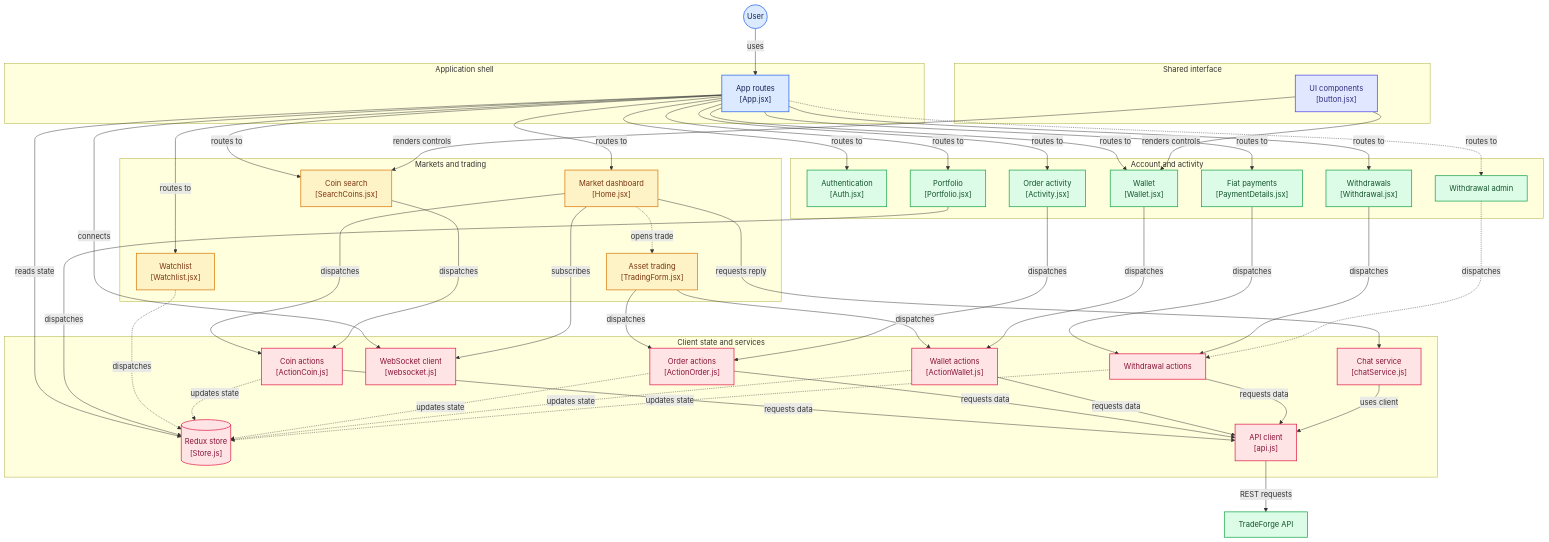
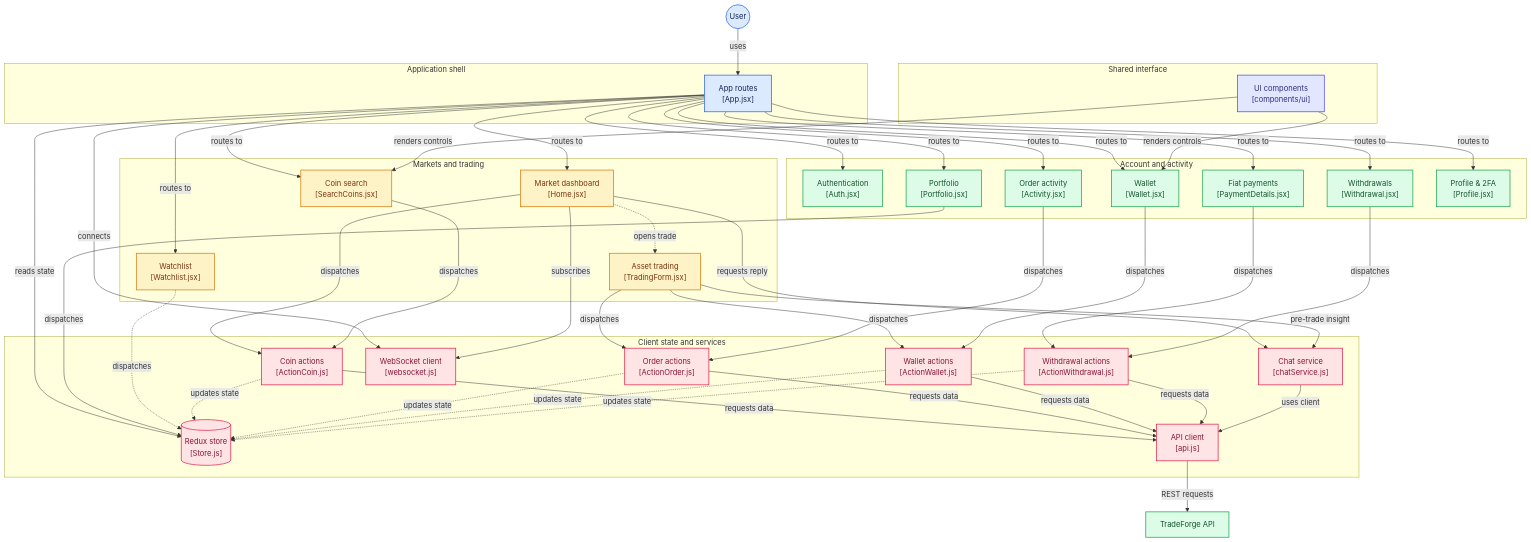
Before and after one commit to Biikash1/TradeForge-Frontend: the diagram in README.md, drawn with Mermaid. The commit also changed other lines of this file, not shown here.

````diff
--- a/README.md
+++ b/README.md
@@ -91,14 +95,14 @@
   node_wallet["Wallet<br/>[Wallet.jsx]"]
   node_payments["Fiat payments<br/>[PaymentDetails.jsx]"]
   node_withdrawal["Withdrawals<br/>[Withdrawal.jsx]"]
-  node_withdrawal_admin["Withdrawal admin"]
+  node_profile["Profile & 2FA<br/>[Profile.jsx]"]
 end
 
 subgraph group_state["Client state and services"]
   node_coin_actions["Coin actions<br/>[ActionCoin.js]"]
   node_order_actions["Order actions<br/>[ActionOrder.js]"]
   node_wallet_actions["Wallet actions<br/>[ActionWallet.js]"]
-  node_withdrawal_actions["Withdrawal actions"]
+  node_withdrawal_actions["Withdrawal actions<br/>[ActionWithdrawal.js]"]
   node_store[("Redux store<br/>[Store.js]")]
   node_api["API client<br/>[api.js]"]
   node_websocket["WebSocket client<br/>[websocket.js]"]
@@ -106,7 +110,7 @@
 end
 
 subgraph group_ui["Shared interface"]
-  node_ui_components["UI components<br/>[button.jsx]"]
+  node_ui_components["UI components<br/>[components/ui]"]
 end
 
 node_user(("User"))
@@ -122,7 +126,7 @@
 node_app -->|"routes to"| node_payments
 node_app -->|"routes to"| node_watchlist
 node_app -->|"routes to"| node_market_search
-node_app -.->|"routes to"| node_withdrawal_admin
+node_app -->|"routes to"| node_profile
 node_app -->|"reads state"| node_store
 node_app -->|"connects"| node_websocket
 node_market_home -->|"dispatches"| node_coin_actions
@@ -132,13 +136,13 @@
 node_market_home -.->|"opens trade"| node_stock
 node_stock -->|"dispatches"| node_order_actions
 node_stock -->|"dispatches"| node_wallet_actions
+node_stock -->|"pre-trade insight"| node_chat
 node_portfolio -->|"dispatches"| node_store
 node_activity -->|"dispatches"| node_order_actions
 node_watchlist -.->|"dispatches"| node_store
 node_wallet -->|"dispatches"| node_wallet_actions
 node_payments -->|"dispatches"| node_withdrawal_actions
 node_withdrawal -->|"dispatches"| node_withdrawal_actions
-node_withdrawal_admin -.->|"dispatches"| node_withdrawal_actions
 node_coin_actions -->|"requests data"| node_api
 node_order_actions -->|"requests data"| node_api
 node_wallet_actions -->|"requests data"| node_api
@@ -163,7 +167,7 @@
 click node_wallet "[https://github.com/biikash1/tradeforge-frontend/blob/main/src/pages/Wallet/Wallet.jsx](https://github.com/biikash1/tradeforge-frontend/blob/main/src/pages/Wallet/Wallet.jsx)"
 click node_payments "[https://github.com/biikash1/tradeforge-frontend/blob/main/src/pages/Payment%20Details/PaymentDetails.jsx](https://github.com/biikash1/tradeforge-frontend/blob/main/src/pages/Payment%20Details/PaymentDetails.jsx)"
 click node_withdrawal "[https://github.com/biikash1/tradeforge-frontend/blob/main/src/pages/Withdrawal/Withdrawal.jsx](https://github.com/biikash1/tradeforge-frontend/blob/main/src/pages/Withdrawal/Withdrawal.jsx)"
-click node_withdrawal_admin "[https://github.com/biikash1/tradeforge-frontend/blob/main/src/pages/Admin/WithdrawalAdmin.jsx](https://github.com/biikash1/tradeforge-frontend/blob/main/src/pages/Admin/WithdrawalAdmin.jsx)"
+click node_profile "[https://github.com/biikash1/tradeforge-frontend/blob/main/src/pages/Profile/Profile.jsx](https://github.com/biikash1/tradeforge-frontend/blob/main/src/pages/Profile/Profile.jsx)"
 click node_coin_actions "[https://github.com/biikash1/tradeforge-frontend/blob/main/src/State/Coin/ActionCoin.js](https://github.com/biikash1/tradeforge-frontend/blob/main/src/State/Coin/ActionCoin.js)"
 click node_order_actions "[https://github.com/biikash1/tradeforge-frontend/blob/main/src/State/Order/ActionOrder.js](https://github.com/biikash1/tradeforge-frontend/blob/main/src/State/Order/ActionOrder.js)"
 click node_wallet_actions "[https://github.com/biikash1/tradeforge-frontend/blob/main/src/State/Wallet/ActionWallet.js](https://github.com/biikash1/tradeforge-frontend/blob/main/src/State/Wallet/ActionWallet.js)"
@@ -174,16 +178,14 @@
 click node_chat "[https://github.com/biikash1/tradeforge-frontend/blob/main/src/services/chatService.js](https://github.com/biikash1/tradeforge-frontend/blob/main/src/services/chatService.js)"
 click node_ui_components "[https://github.com/biikash1/tradeforge-frontend/blob/main/src/components/ui/button.jsx](https://github.com/biikash1/tradeforge-frontend/blob/main/src/components/ui/button.jsx)"
 
-classDef toneNeutral fill:#f8fafc,stroke:#334155,stroke-width:1.5px,color:#0f172a
 classDef toneBlue fill:#dbeafe,stroke:#2563eb,stroke-width:1.5px,color:#172554
 classDef toneAmber fill:#fef3c7,stroke:#d97706,stroke-width:1.5px,color:#78350f
 classDef toneMint fill:#dcfce7,stroke:#16a34a,stroke-width:1.5px,color:#14532d
 classDef toneRose fill:#ffe4e6,stroke:#e11d48,stroke-width:1.5px,color:#881337
 classDef toneIndigo fill:#e0e7ff,stroke:#4f46e5,stroke-width:1.5px,color:#312e81
-classDef toneTeal fill:#ccfbf1,stroke:#0f766e,stroke-width:1.5px,color:#134e4a
 class node_app,node_user toneBlue
 class node_market_home,node_market_search,node_stock,node_watchlist toneAmber
-class node_auth,node_portfolio,node_activity,node_wallet,node_payments,node_withdrawal,node_withdrawal_admin,node_backend toneMint
+class node_auth,node_portfolio,node_activity,node_wallet,node_payments,node_withdrawal,node_profile,node_backend toneMint
 class node_coin_actions,node_order_actions,node_wallet_actions,node_withdrawal_actions,node_store,node_api,node_websocket,node_chat toneRose
 class node_ui_components toneIndigo
 ```
````
